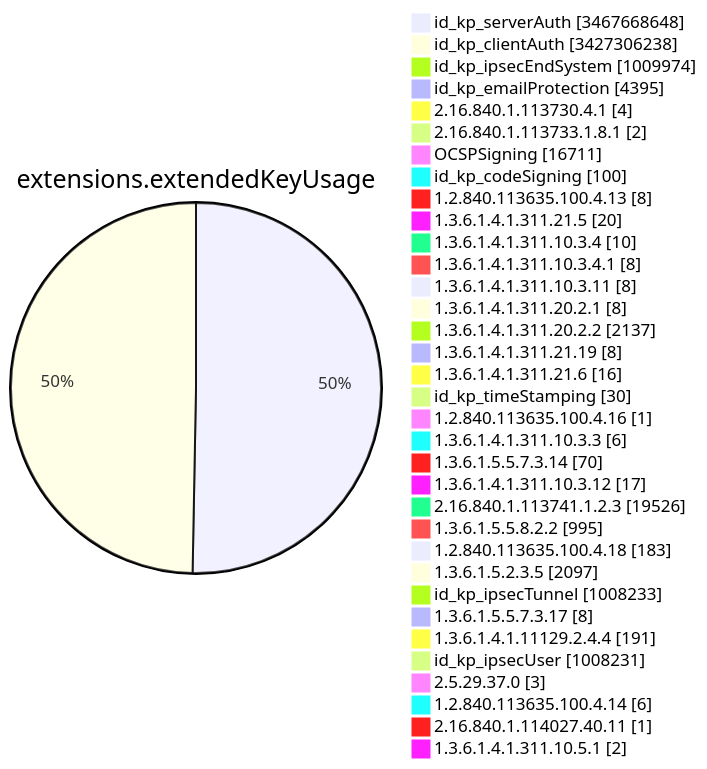
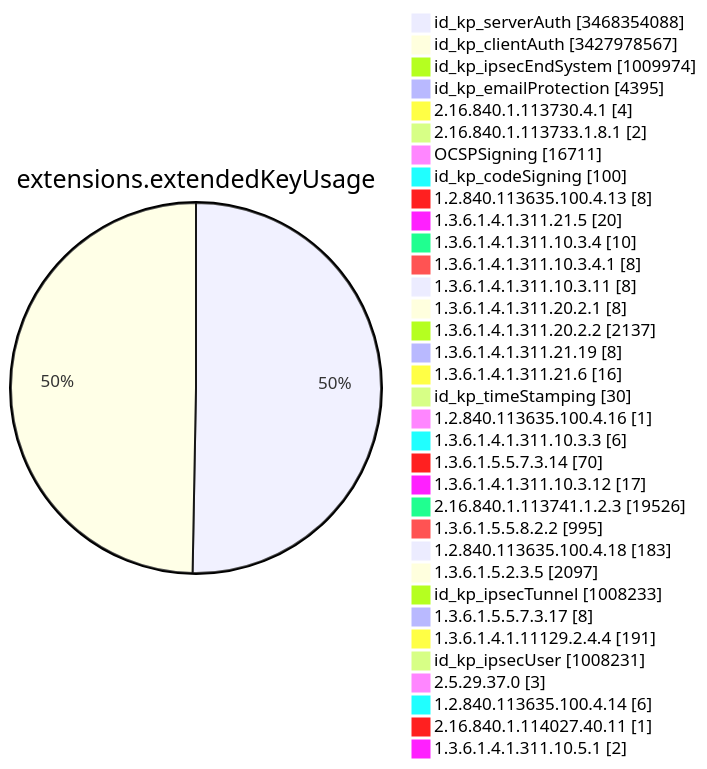
Diagram 11 of 15 in TOTAL/README.md (christiankrug/ctmonitor_visualization), drawn with Mermaid before and after one commit. The commit also changed other lines of this file, not shown here.

````diff
--- a/TOTAL/README.md
+++ b/TOTAL/README.md
@@ -4123,38 +4123,38 @@
 ```mermaid
 pie showData
 title extensions.extendedKeyUsage
-"id_kp_serverAuth" :3467668648
-"id_kp_clientAuth" :3427306238
+"id_kp_serverAuth" :3468354088
+"id_kp_clientAuth" :3427978567
 "id_kp_ipsecEndSystem" :1009974
 "id_kp_emailProtection" :4395
 "2.16.840.1.113730.4.1" :4
 "2.16.840.1.113733.1.8.1" :2
 "OCSPSigning" :16711
 "id_kp_codeSigning" :100
 "1.2.840.113635.100.4.13" :8
 "1.3.6.1.4.1.311.21.5" :20
 "1.3.6.1.4.1.311.10.3.4" :10
 "1.3.6.1.4.1.311.10.3.4.1" :8
 "1.3.6.1.4.1.311.10.3.11" :8
 "1.3.6.1.4.1.311.20.2.1" :8
 "1.3.6.1.4.1.311.20.2.2" :2137
 "1.3.6.1.4.1.311.21.19" :8
 "1.3.6.1.4.1.311.21.6" :16
 "id_kp_timeStamping" :30
 "1.2.840.113635.100.4.16" :1
 "1.3.6.1.4.1.311.10.3.3" :6
 "1.3.6.1.5.5.7.3.14" :70
 "1.3.6.1.4.1.311.10.3.12" :17
 "2.16.840.1.113741.1.2.3" :19526
 "1.3.6.1.5.5.8.2.2" :995
 "1.2.840.113635.100.4.18" :183
 "1.3.6.1.5.2.3.5" :2097
 "id_kp_ipsecTunnel" :1008233
 "1.3.6.1.5.5.7.3.17" :8
 "1.3.6.1.4.1.11129.2.4.4" :191
 "id_kp_ipsecUser" :1008231
 "2.5.29.37.0" :3
 "1.2.840.113635.100.4.14" :6
 "2.16.840.1.114027.40.11" :1
 "1.3.6.1.4.1.311.10.5.1" :2
 ```
````
